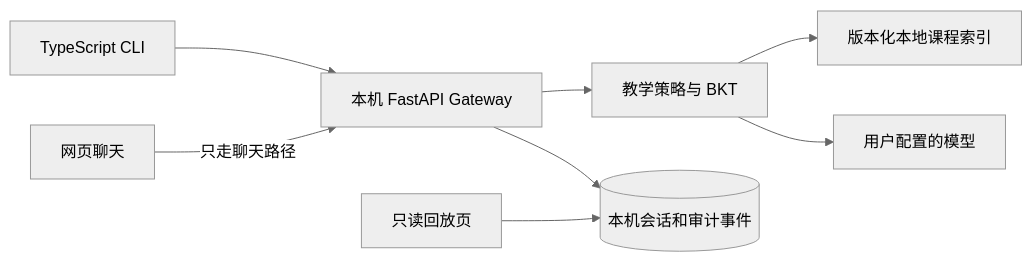
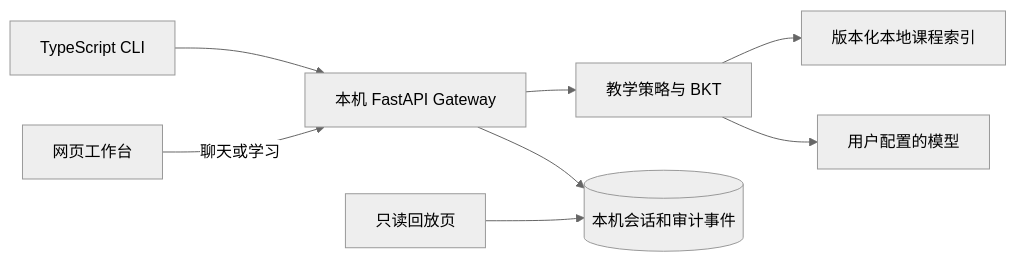
The diagram in README.zh-CN.md (RockeyRoc/DeepProf), drawn with Mermaid (neutral theme) before and after one commit. The commit also changed other lines of this file and 238 other files, not shown here.

````diff
--- a/README.zh-CN.md
+++ b/README.zh-CN.md
@@ -134,10 +147,10 @@
 ```mermaid
 flowchart LR
   CLI[TypeScript CLI] --> API[本机 FastAPI Gateway]
   API --> Decision[教学策略与 BKT]
   Decision --> Evidence[版本化本地课程索引]
   Decision --> Provider[用户配置的模型]
   API --> Events[(本机会话和审计事件)]
-  Chat[网页聊天] -->|只走聊天路径| API
+  Web[网页工作台] -->|聊天或学习| API
   Replay[只读回放页] --> Events
 ```
````
